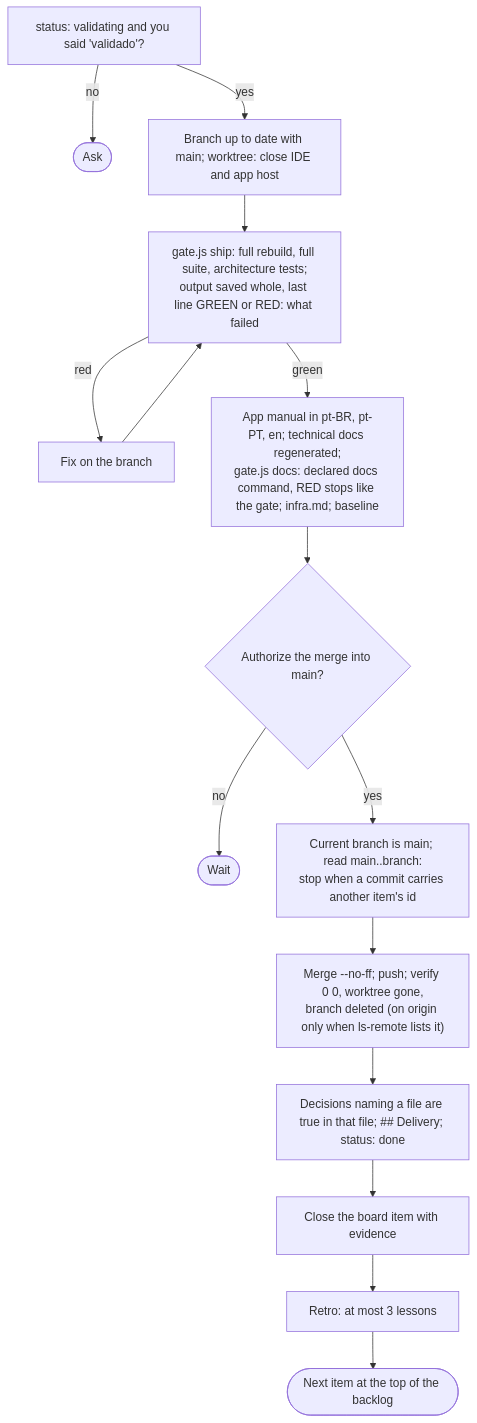
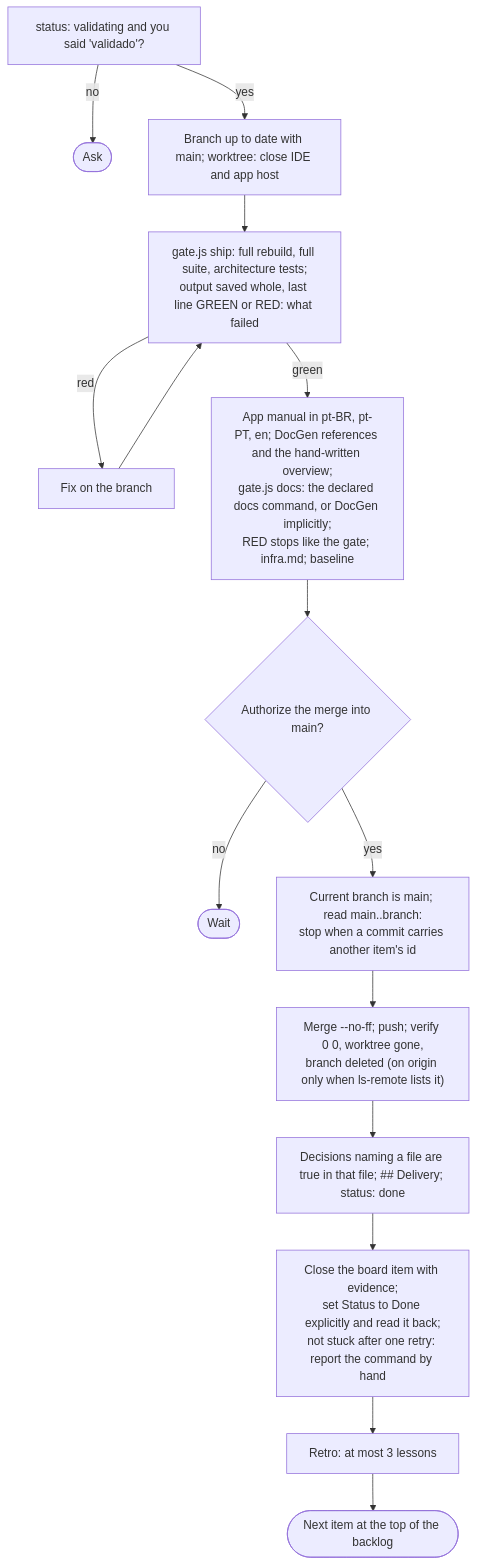
Before and after one commit to alexcanario/simulab: diagram 12 of 18 in docs/agile/workflow.md, drawn with Mermaid. The commit also changed other lines of this file and 5 other files, not shown here.

````diff
--- a/docs/agile/workflow.md
+++ b/docs/agile/workflow.md
@@ -1505,17 +1592,17 @@
 ```mermaid
 flowchart TD
     A["status: validating and you said 'validado'?"] -->|no| A1(["Ask"])
     A -->|yes| B["Branch up to date with main; worktree: close IDE and app host"]
     B --> C["gate.js ship: full rebuild, full suite, architecture tests;<br/>output saved whole, last line GREEN or RED: what failed"]
     C -->|red| C1["Fix on the branch"]
     C1 --> C
-    C -->|green| D["App manual in pt-BR, pt-PT, en; technical docs regenerated;<br/>gate.js docs: declared docs command, RED stops like the gate; infra.md; baseline"]
+    C -->|green| D["App manual in pt-BR, pt-PT, en; DocGen references and the hand-written overview;<br/>gate.js docs: the declared docs command, or DocGen implicitly;<br/>RED stops like the gate; infra.md; baseline"]
     D --> E{"Authorize the merge into main?"}
     E -->|no| E1(["Wait"])
     E -->|yes| E2["Current branch is main; read main..branch:<br/>stop when a commit carries another item's id"]
     E2 --> F["Merge --no-ff; push; verify 0 0, worktree gone,<br/>branch deleted (on origin only when ls-remote lists it)"]
     F --> G["Decisions naming a file are true in that file; ## Delivery; status: done"]
-    G --> H["Close the board item with evidence"]
+    G --> H["Close the board item with evidence;<br/>set Status to Done explicitly and read it back;<br/>not stuck after one retry: report the command by hand"]
     H --> I["Retro: at most 3 lessons"]
     I --> J(["Next item at the top of the backlog"])
 ```
````
